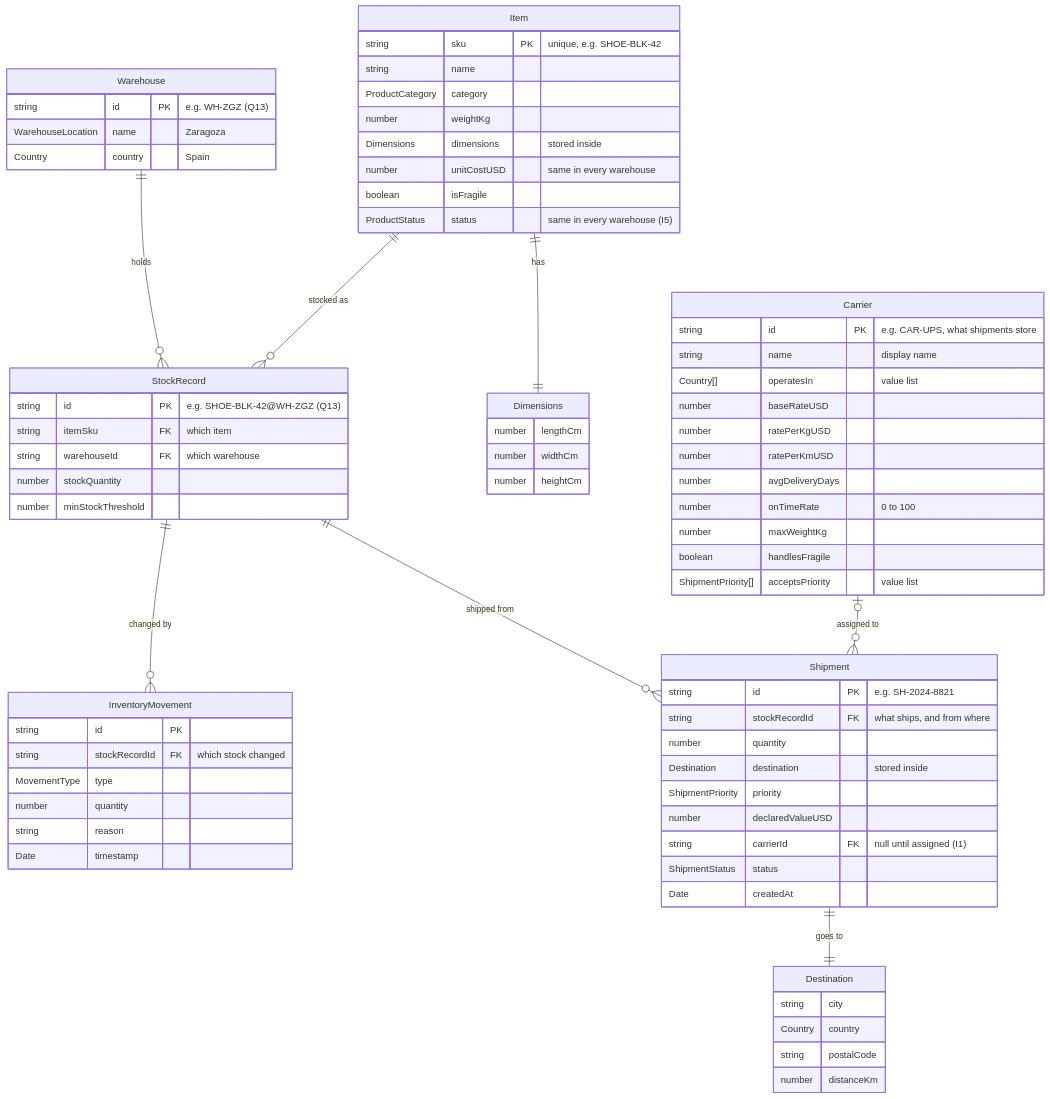
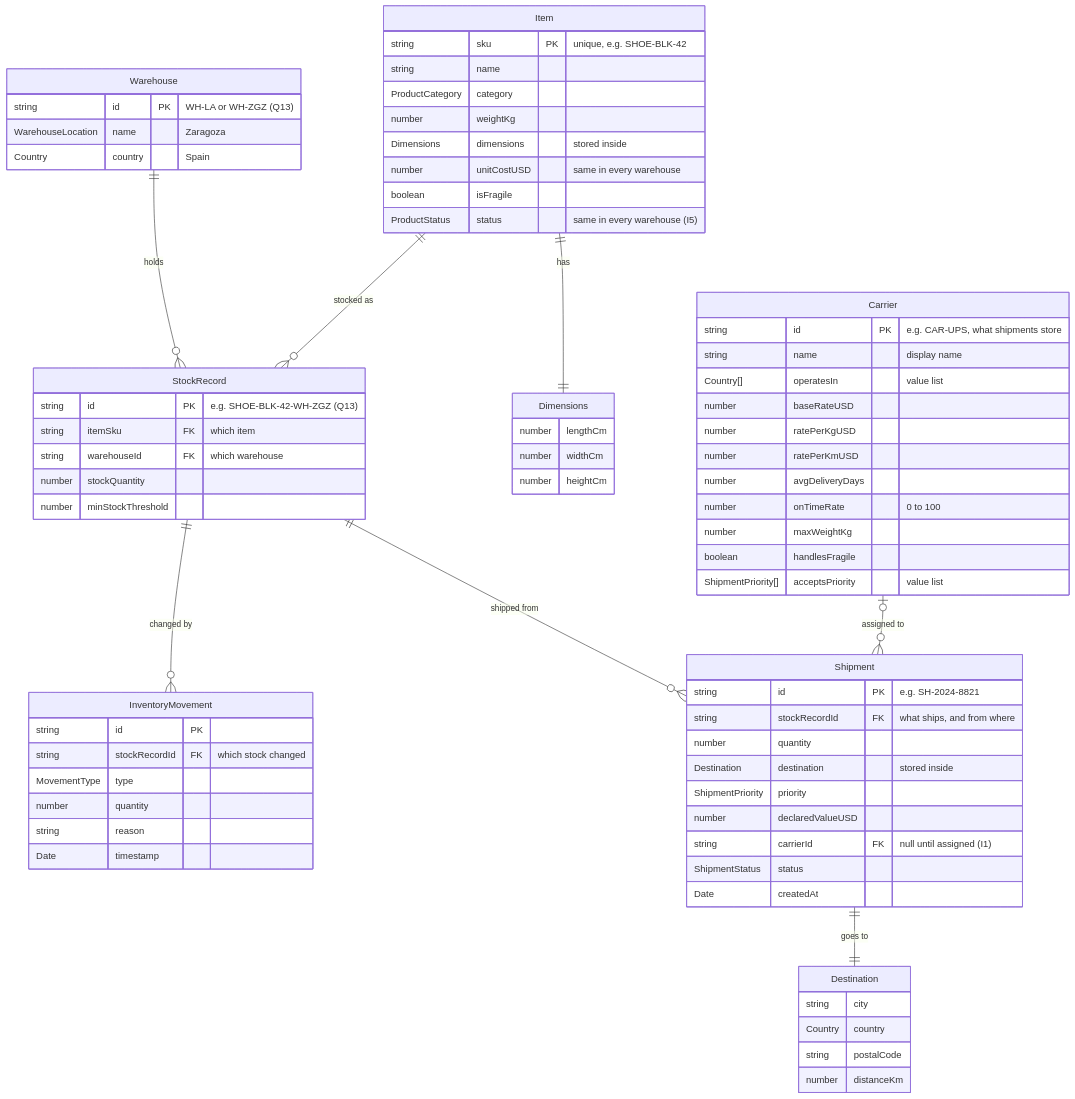
The second of 2 diagrams in packages/warehouse-logic/docs/erd.md (Sun-flow/TrackFlow-Company-Overhaul), drawn with Mermaid before and after one commit. The commit also changed other lines of this file and 4 other files, not shown here.

````diff
--- a/packages/warehouse-logic/docs/erd.md
+++ b/packages/warehouse-logic/docs/erd.md
@@ -95,76 +95,76 @@
 ```mermaid
 erDiagram
     Item {
         string sku PK "unique, e.g. SHOE-BLK-42"
         string name
         ProductCategory category
         number weightKg
         Dimensions dimensions "stored inside"
         number unitCostUSD "same in every warehouse"
         boolean isFragile
         ProductStatus status "same in every warehouse (I5)"
     }
     Dimensions {
         number lengthCm
         number widthCm
         number heightCm
     }
     Warehouse {
-        string id PK "e.g. WH-ZGZ (Q13)"
+        string id PK "WH-LA or WH-ZGZ (Q13)"
         WarehouseLocation name "Zaragoza"
         Country country "Spain"
     }
     StockRecord {
-        string id PK "e.g. SHOE-BLK-42@WH-ZGZ (Q13)"
+        string id PK "e.g. SHOE-BLK-42-WH-ZGZ (Q13)"
         string itemSku FK "which item"
         string warehouseId FK "which warehouse"
         number stockQuantity
         number minStockThreshold
     }
     Shipment {
         string id PK "e.g. SH-2024-8821"
         string stockRecordId FK "what ships, and from where"
         number quantity
         Destination destination "stored inside"
         ShipmentPriority priority
         number declaredValueUSD
         string carrierId FK "null until assigned (I1)"
         ShipmentStatus status
         Date createdAt
     }
     Destination {
         string city
         Country country
         string postalCode
         number distanceKm
     }
     InventoryMovement {
         string id PK
         string stockRecordId FK "which stock changed"
         MovementType type
         number quantity
         string reason
         Date timestamp
     }
     Carrier {
         string id PK "e.g. CAR-UPS, what shipments store"
         string name "display name"
         Country[] operatesIn "value list"
         number baseRateUSD
         number ratePerKgUSD
         number ratePerKmUSD
         number avgDeliveryDays
         number onTimeRate "0 to 100"
         number maxWeightKg
         boolean handlesFragile
         ShipmentPriority[] acceptsPriority "value list"
     }
 
     Item ||--|| Dimensions : "has"
     Item ||--o{ StockRecord : "stocked as"
     Warehouse ||--o{ StockRecord : "holds"
     StockRecord ||--o{ Shipment : "shipped from"
     StockRecord ||--o{ InventoryMovement : "changed by"
     Carrier |o--o{ Shipment : "assigned to"
     Shipment ||--|| Destination : "goes to"
 ```
````
